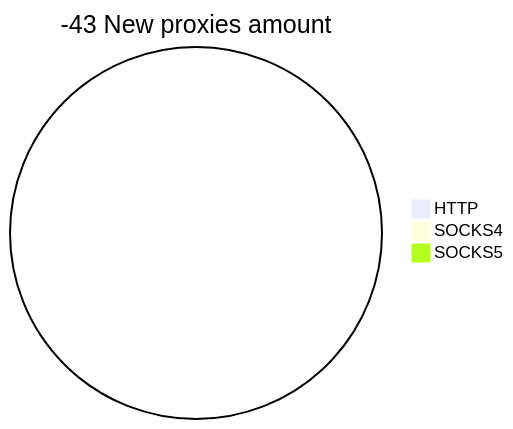
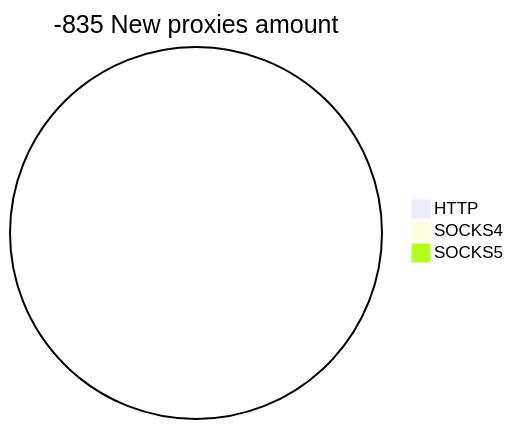
One commit to cutipu/proxylist changed the second of 2 diagrams in README.md. Above: the diagram before and after it, drawn with Mermaid. The commit also changed other lines of this file, not shown here.

````diff
--- a/README.md
+++ b/README.md
@@ -10,6 +10,6 @@
 ```mermaid
-pie title -43 New proxies amount
+pie title -835 New proxies amount
     "HTTP" : 0
     "SOCKS4" : 0
     "SOCKS5" : 0
 ```
````
